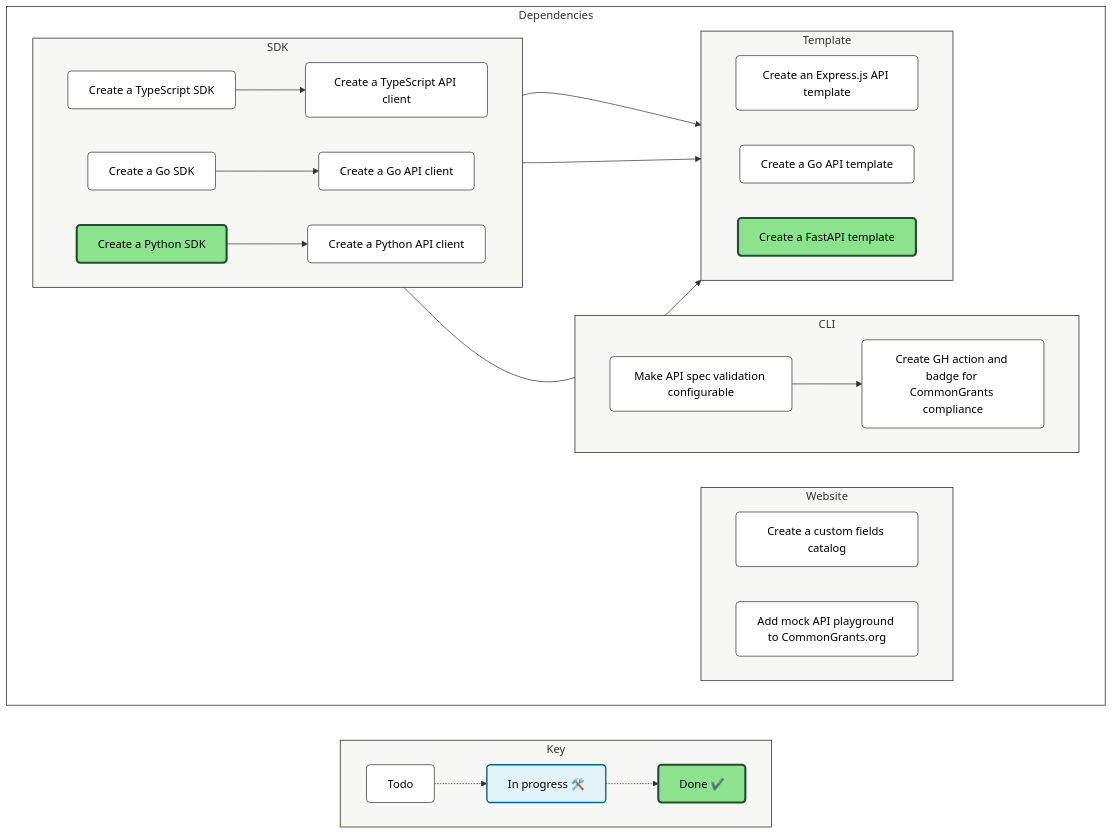
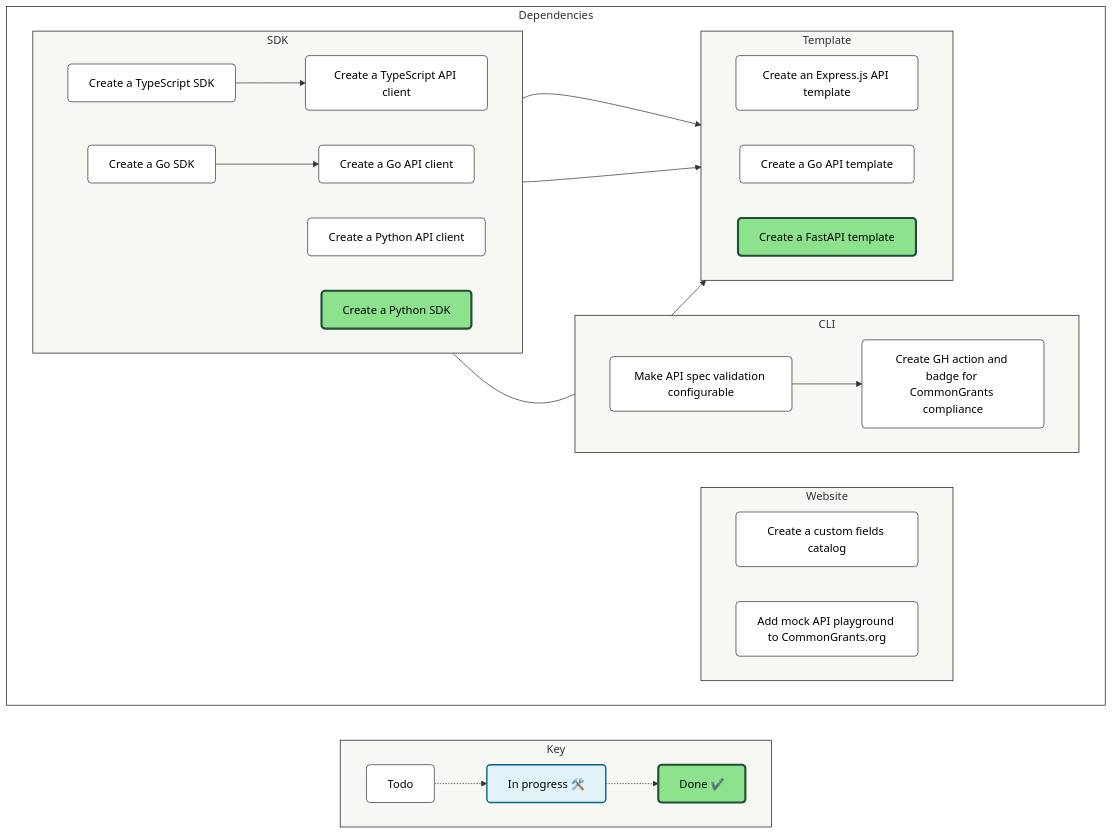
Before and after one commit to HHS/simpler-grants-protocol: the diagram in README.md, drawn with Mermaid. The commit also changed 1 other file, not shown here.

Commit message:
ci(mapping): Test PR commit

````diff
--- a/README.md
+++ b/README.md
@@ -42,83 +42,82 @@
 ```mermaid
 
 flowchart LR
 
   %% ─────────────────────────────
   %% Styles
   %% ─────────────────────────────
   classDef default fill:#fff,stroke:#333,stroke-width:1px,color:#000,rx:5,ry:5
   classDef InProgress fill:#e1f3f8,stroke:#07648d,stroke-width:2px,color:#000
   classDef Done fill:#8DE28D,stroke:#204e34,stroke-width:3px,color:#000
   style Canvas fill:transparent,stroke:#171716
   style Legend fill:#F7F7F4,stroke:#171716
   style sdk fill:#F7F7F4,stroke:#171716
   style website fill:#F7F7F4,stroke:#171716
   style cli fill:#F7F7F4,stroke:#171716
   style template fill:#F7F7F4,stroke:#171716
 
   %% ─────────────────────────────
   %% Legend
   %% ─────────────────────────────
   subgraph Legend["Key"]
     direction LR
     k1["Todo"]
     k2["In progress 🛠️ "]:::InProgress
     k3["Done ✔️"]:::Done
 
     k1 -.-> k2 -.-> k3
   end
 
   %% ─────────────────────────────
   %% Main canvas
   %% ─────────────────────────────
   subgraph Canvas["Dependencies"]
     direction LR
 
 
     subgraph sdk["SDK"]
     direction LR
         HHS/simpler-grants-protocol#321["Create a TypeScript SDK"]
         HHS/simpler-grants-protocol#323["Create a Go SDK"]
         HHS/simpler-grants-protocol#324["Create a Python API client"]
         HHS/simpler-grants-protocol#328["Create a TypeScript API client"]
         HHS/simpler-grants-protocol#329["Create a Go API client"]
         HHS/simpler-grants-protocol#342["Create a Python SDK"]:::Done
     end
 
 
     subgraph website["Website"]
     direction LR
         HHS/simpler-grants-protocol#330["Create a custom fields catalog"]
         HHS/simpler-grants-protocol#334["Add mock API playground to CommonGrants.org"]
     end
 
 
     subgraph cli["CLI"]
     direction LR
         HHS/simpler-grants-protocol#331["Make API spec validation configurable"]
         HHS/simpler-grants-protocol#335["Create GH action and badge for CommonGrants compliance"]
     end
 
 
     subgraph template["Template"]
     direction LR
         HHS/simpler-grants-protocol#332["Create an Express.js API template"]
         HHS/simpler-grants-protocol#333["Create a Go API template"]
         HHS/simpler-grants-protocol#343["Create a FastAPI template"]:::Done
     end
 
 
     %% ─────────────────────────────
     %% Relationships
     %% ─────────────────────────────
     HHS/simpler-grants-protocol#321 --> HHS/simpler-grants-protocol#332
     HHS/simpler-grants-protocol#321 --> HHS/simpler-grants-protocol#328
     HHS/simpler-grants-protocol#323 --> HHS/simpler-grants-protocol#333
     HHS/simpler-grants-protocol#323 --> HHS/simpler-grants-protocol#329
     HHS/simpler-grants-protocol#331 --> HHS/simpler-grants-protocol#335
     HHS/simpler-grants-protocol#342 --> HHS/simpler-grants-protocol#343
-    HHS/simpler-grants-protocol#342 --> HHS/simpler-grants-protocol#324
 
   end
 
 ```
````
